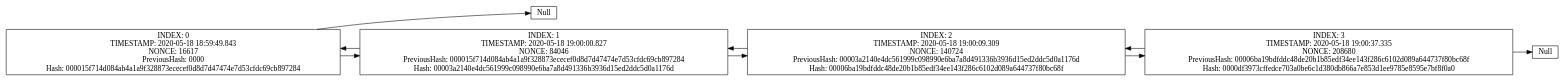
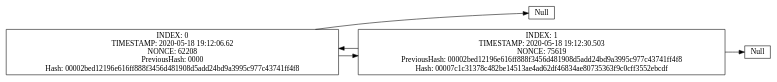
Before and after one commit to ByLy23/BlockChain_Java: the diagram in Proyecto2_201700733/Bloque.dot, drawn with Graphviz. The commit also changed 11 other files, not shown here.

```diff
--- a/Proyecto2_201700733/Bloque.dot
+++ b/Proyecto2_201700733/Bloque.dot
@@ -1,20 +1,14 @@
 digraph bloques{
 rankdir=LR
 node[shape=record, width= 0.1, height= 0.1];NodoNulli[label="Null"];
 NodoNullf[label="Null"];
-Nodo0[label="INDEX: 0\nTIMESTAMP: 2020-05-18 18:59:49.843\nNONCE: 16617\nPreviousHash: 0000\nHash: 000015f714d084ab4a1a9f328873ececef0d8d7d47474e7d53cfdc69cb897284"];
-Nodo1[label="INDEX: 1\nTIMESTAMP: 2020-05-18 19:00:00.827\nNONCE: 84046\nPreviousHash: 000015f714d084ab4a1a9f328873ececef0d8d7d47474e7d53cfdc69cb897284\nHash: 00003a2140e4dc561999c098990e6ba7a8d491336b3936d15ed2ddc5d0a1176d"];
-Nodo2[label="INDEX: 2\nTIMESTAMP: 2020-05-18 19:00:09.309\nNONCE: 140724\nPreviousHash: 00003a2140e4dc561999c098990e6ba7a8d491336b3936d15ed2ddc5d0a1176d\nHash: 00006ba19bdfddc48de20b1b85edf34ee143f286c6102d089a644737f80bc68f"];
-Nodo3[label="INDEX: 3\nTIMESTAMP: 2020-05-18 19:00:37.335\nNONCE: 208680\nPreviousHash: 00006ba19bdfddc48de20b1b85edf34ee143f286c6102d089a644737f80bc68f\nHash: 0000df3973cffedce703a0be6c1d380db866a7e853d1ee9785e8595e7bf8f0a0"];
+Nodo0[label="INDEX: 0\nTIMESTAMP: 2020-05-18 19:12:06.62\nNONCE: 62208\nPreviousHash: 0000\nHash: 00002bed12196e616ff888f3456d481908d5add24bd9a3995c977c43741ff4f8"];
+Nodo1[label="INDEX: 1\nTIMESTAMP: 2020-05-18 19:12:30.503\nNONCE: 75619\nPreviousHash: 00002bed12196e616ff888f3456d481908d5add24bd9a3995c977c43741ff4f8\nHash: 00007c1c31378c482be14513ae4ad62df46834ae80735363f9c0cff3552ebcdf"];
 
 Nodo0-> NodoNulli
 Nodo0->Nodo1
-Nodo1->Nodo2
+Nodo1->NodoNullf
+
 Nodo1->Nodo0
-Nodo2->Nodo3
-Nodo2->Nodo1
-Nodo3->NodoNullf
-
-Nodo3->Nodo2
 
 }
```
